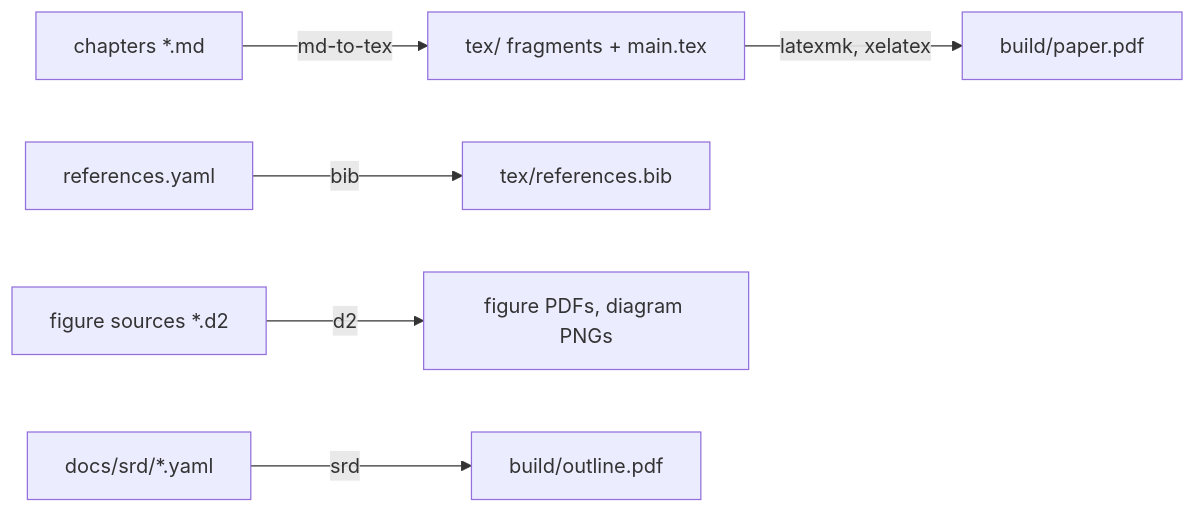
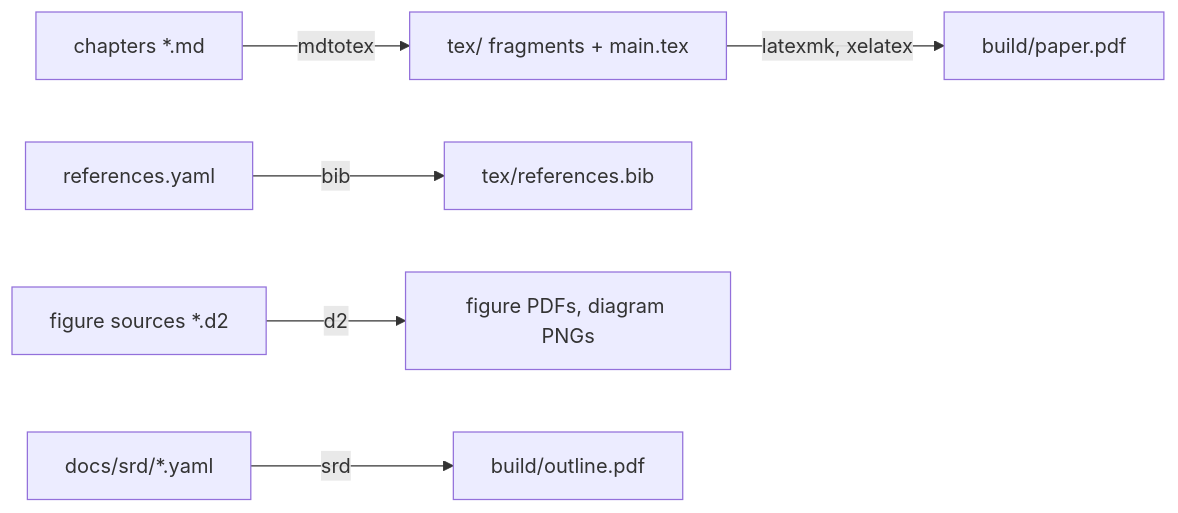
Before and after one commit to petar-djukic/paperkit: the diagram in README.md, drawn with Mermaid. The commit also changed other lines of this file and 75 other files, not shown here.

````diff
--- a/README.md
+++ b/README.md
@@ -7,8 +7,8 @@
 ```mermaid
 flowchart LR
-    MD[chapters *.md] -->|md-to-tex| TEX[tex/ fragments + main.tex]
+    MD[chapters *.md] -->|mdtotex| TEX[tex/ fragments + main.tex]
     TEX -->|latexmk, xelatex| PDF[build/paper.pdf]
     REFS[references.yaml] -->|bib| BIB[tex/references.bib]
     D2[figure sources *.d2] -->|d2| FIGS[figure PDFs, diagram PNGs]
     SRD[docs/srd/*.yaml] -->|srd| OUT[build/outline.pdf]
 ```
````
